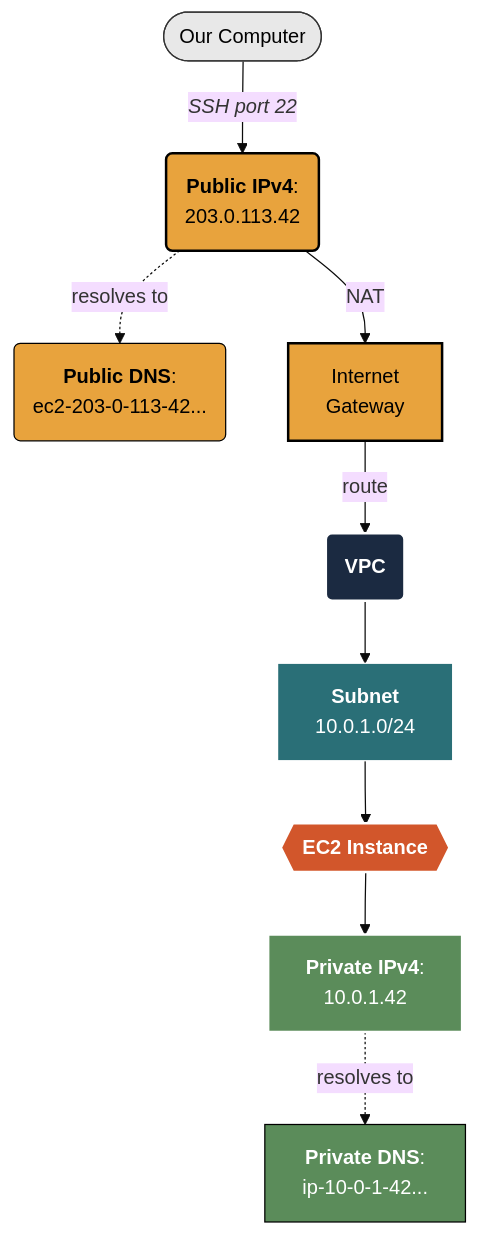
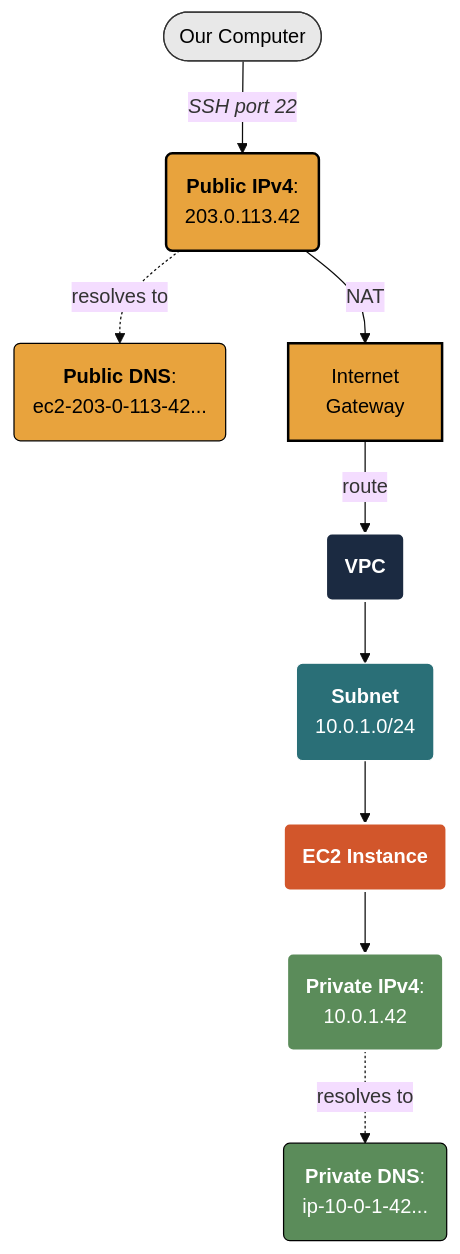
The first of 2 diagrams in aws-ssh-ec2.qmd (mjfrigaard/do4ds-labs), drawn with Mermaid before and after one commit. The commit also changed other lines of this file and 69 other files, not shown here.

Commit message:
style review fixes; mermaid look; lab07 model scripts and workflow deps

````diff
--- a/aws-ssh-ec2.qmd
+++ b/aws-ssh-ec2.qmd
@@ -66,36 +68,36 @@
 ```{mermaid}
 %%| fig-cap: 'EC2 Instance Network Architecture'
 %%| fig-width: 8.0
 %%| fig-align: 'center'
-%%{init: {'theme': 'base', 'themeVariables': {'fontFamily': 'monospace'}}}%%
+%%{init: {'theme': 'base', 'look': 'classic', 'themeVariables': {'fontFamily': 'monospace'}}}%%
 
 graph TD
     Client(["Our Computer"])
     PubIP("<strong>Public IPv4</strong>:<br>203.0.113.42")
     PubDNS("<strong>Public DNS</strong>:<br>ec2-203-0-113-42...")
     IGW["Internet<br>Gateway"]
     VPC("<strong>VPC</strong>")
-    Subnet["<strong>Subnet</strong><br>10.0.1.0/24"]
-    Instance{{"<strong>EC2 Instance</strong>"}}
-    PrivIP["<strong>Private IPv4</strong>:<br>10.0.1.42"]
-    PrivDNS["<strong>Private DNS</strong>:<br>ip-10-0-1-42..."]
+    Subnet("<strong>Subnet</strong><br>10.0.1.0/24")
+    Instance("<strong>EC2 Instance</strong>")
+    PrivIP("<strong>Private IPv4</strong>:<br>10.0.1.42")
+    PrivDNS("<strong>Private DNS</strong>:<br>ip-10-0-1-42...")
     
     Client -->|"<em>SSH port 22</em>"| PubIP
     PubIP -.->|resolves to| PubDNS
     PubIP -->|NAT| IGW
     IGW -->|route| VPC
     VPC --> Subnet
     Subnet --> Instance
     Instance --> PrivIP
     PrivIP -.->|resolves to| PrivDNS
 
     style Client fill:#E8E8E8,stroke:#333,stroke-width:1px,color:#000
     style PubIP fill:#E8A33D,stroke:#000,stroke-width:2px,color:#000
     style PubDNS fill:#E8A33D,stroke:#000,stroke-width:1px,color:#000
     style IGW fill:#E8A33D,stroke:#000,stroke-width:2px,color:#000
     style VPC fill:#1B2A41,stroke:#fff,stroke-width:2px,color:#fff
     style Subnet fill:#2A6F77,stroke:#fff,stroke-width:1px,color:#fff
     style Instance fill:#D2562B,stroke:#fff,stroke-width:2px,color:#fff
     style PrivIP fill:#5B8C5A,stroke:#fff,stroke-width:2px,color:#fff
     style PrivDNS fill:#5B8C5A,stroke:#000,stroke-width:1px,color:#fff
 ```
````
